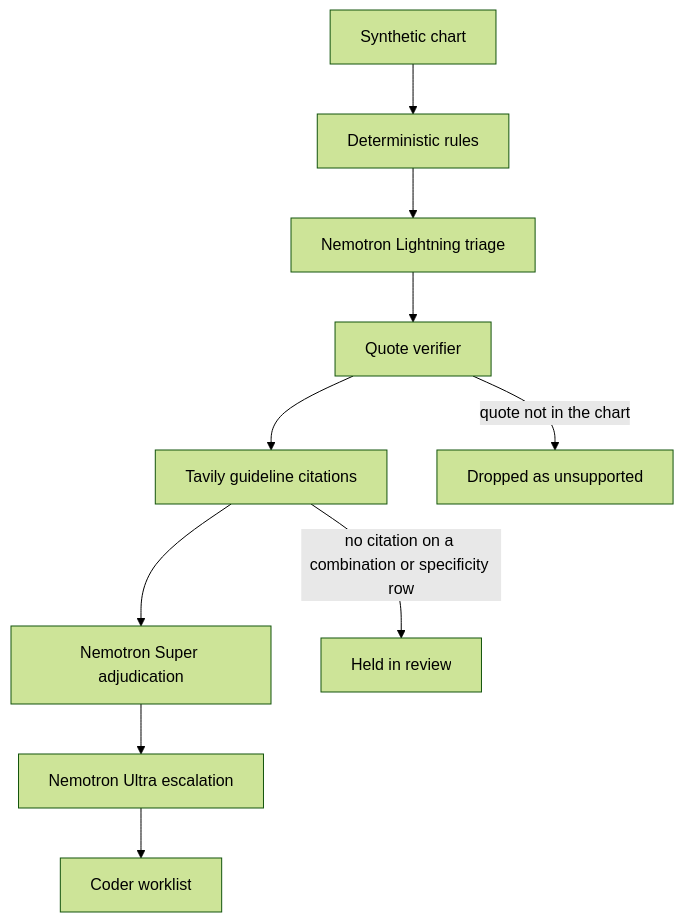
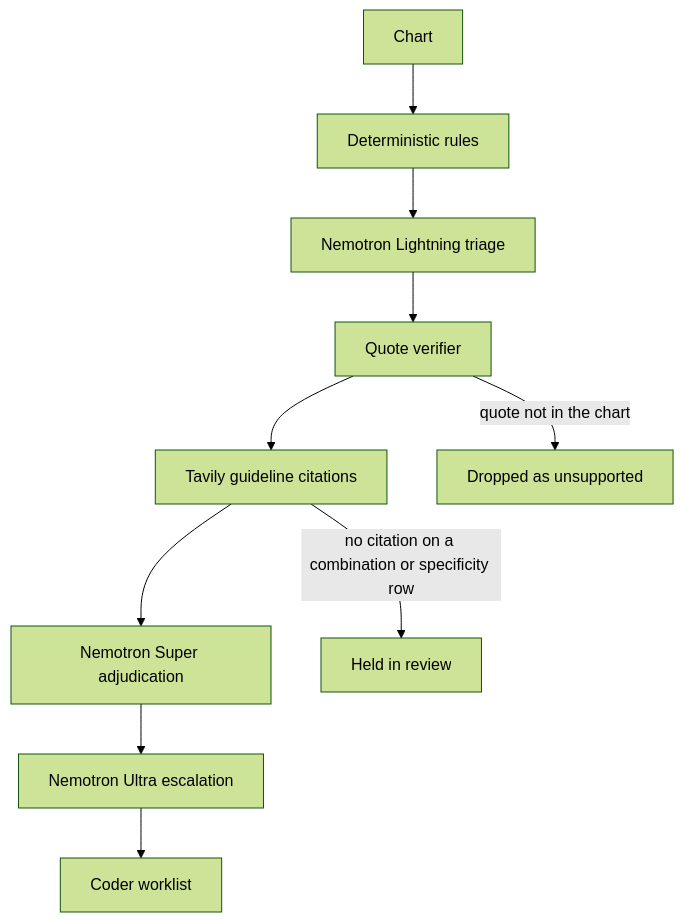
Before and after one commit to kishanraj41/codesentinel: the diagram in README.md, drawn with Mermaid (forest theme). The commit also changed other lines of this file, not shown here.

Commit message:
Drop repeated synthetic-data wording from the README.

````diff
--- a/README.md
+++ b/README.md
@@ -47,12 +47,12 @@
 ```mermaid
 flowchart TD
-  chart[Synthetic chart] --> rules[Deterministic rules]
+  chart[Chart] --> rules[Deterministic rules]
   rules --> light[Nemotron Lightning triage]
   light --> verify[Quote verifier]
   verify --> guide[Tavily guideline citations]
   guide --> super[Nemotron Super adjudication]
   super --> ultra[Nemotron Ultra escalation]
   ultra --> list[Coder worklist]
   verify -->|quote not in the chart| drop[Dropped as unsupported]
   guide -->|no citation on a combination or specificity row| review[Held in review]
 ```
````
